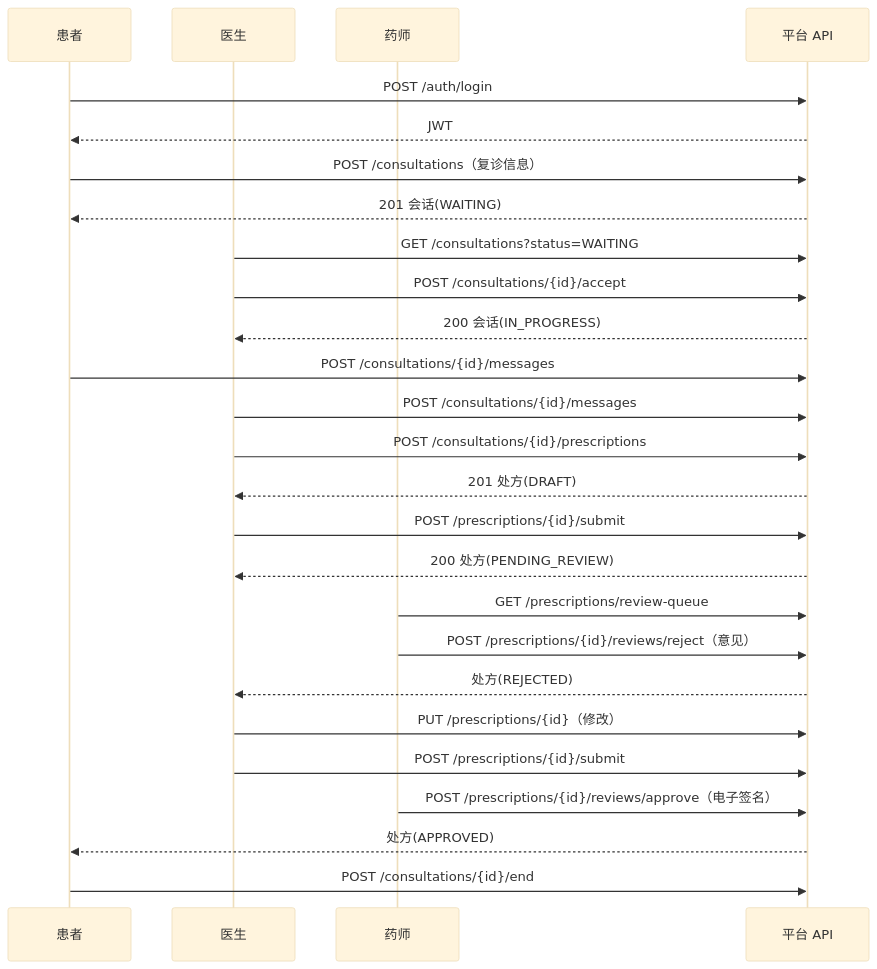
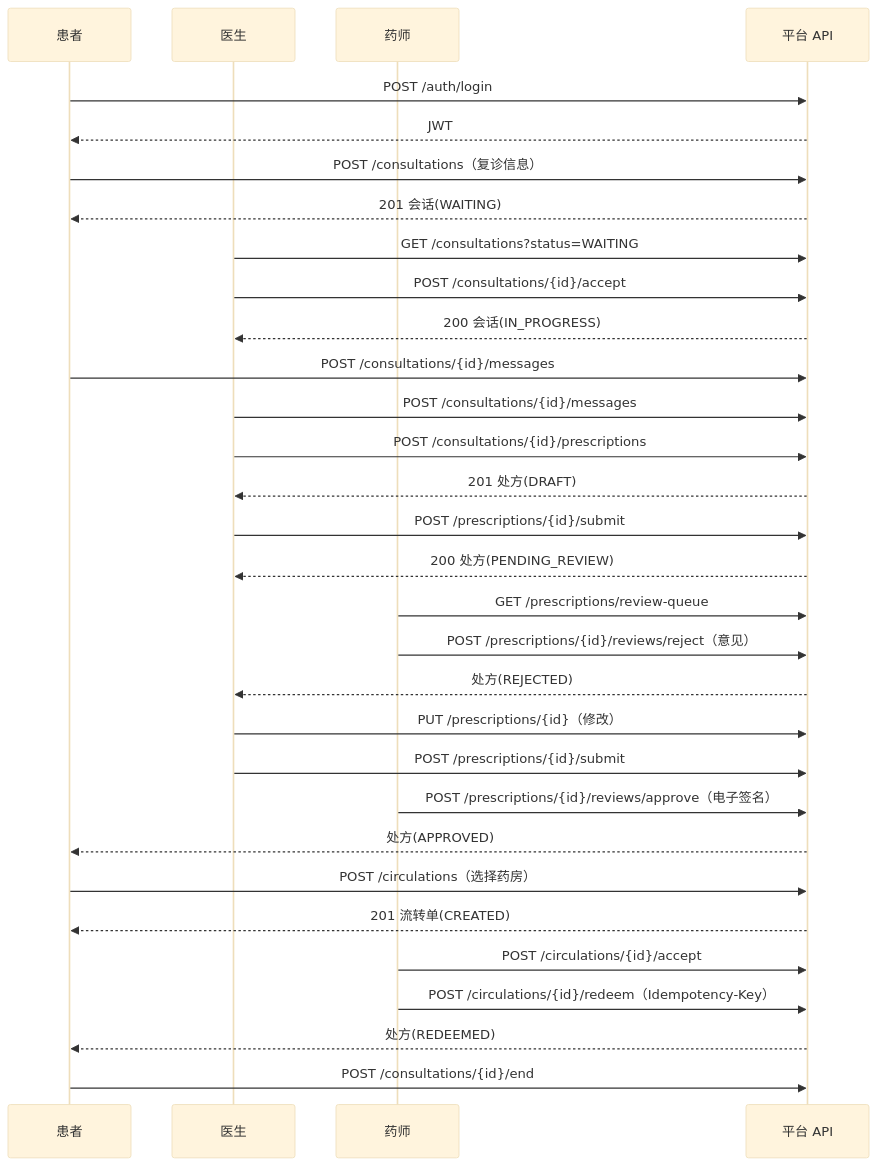
Before and after one commit to roza2006/lab: the diagram in docs/design/api-contract.md, drawn with Mermaid (base theme). The commit also changed other lines of this file and 34 other files, not shown here.

Commit message:
docs: align v1 scope, diagrams and LAN demo guide [R6][刘飞燕]

````diff
--- a/docs/design/api-contract.md
+++ b/docs/design/api-contract.md
@@ -229,29 +237,34 @@
 ```mermaid
 sequenceDiagram
     participant P as 患者
     participant D as 医生
     participant PH as 药师
     participant S as 平台 API
 
     P->>S: POST /auth/login
     S-->>P: JWT
     P->>S: POST /consultations（复诊信息）
     S-->>P: 201 会话(WAITING)
     D->>S: GET /consultations?status=WAITING
     D->>S: POST /consultations/{id}/accept
     S-->>D: 200 会话(IN_PROGRESS)
     P->>S: POST /consultations/{id}/messages
     D->>S: POST /consultations/{id}/messages
     D->>S: POST /consultations/{id}/prescriptions
     S-->>D: 201 处方(DRAFT)
     D->>S: POST /prescriptions/{id}/submit
     S-->>D: 200 处方(PENDING_REVIEW)
     PH->>S: GET /prescriptions/review-queue
     PH->>S: POST /prescriptions/{id}/reviews/reject（意见）
     S-->>D: 处方(REJECTED)
     D->>S: PUT /prescriptions/{id}（修改）
     D->>S: POST /prescriptions/{id}/submit
     PH->>S: POST /prescriptions/{id}/reviews/approve（电子签名）
     S-->>P: 处方(APPROVED)
+    P->>S: POST /circulations（选择药房）
+    S-->>P: 201 流转单(CREATED)
+    PH->>S: POST /circulations/{id}/accept
+    PH->>S: POST /circulations/{id}/redeem（Idempotency-Key）
+    S-->>P: 处方(REDEEMED)
     P->>S: POST /consultations/{id}/end
 ```
````
